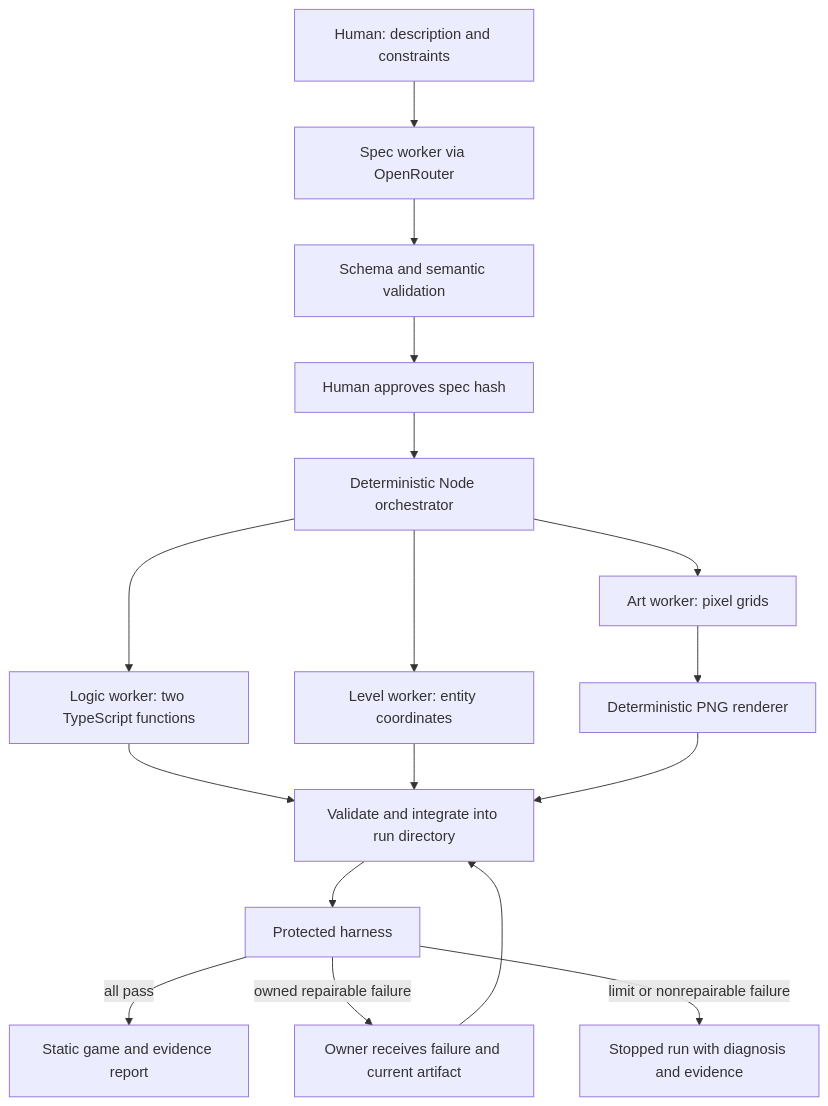
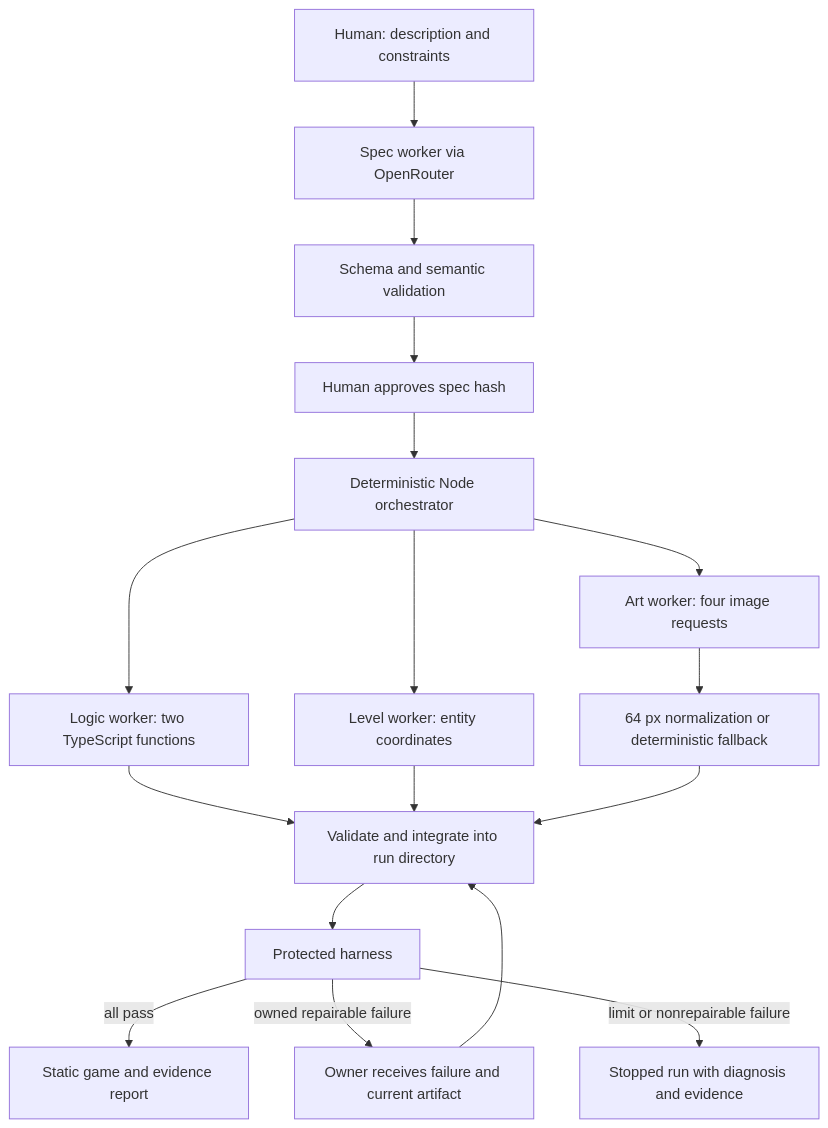
Before and after one commit to farrej10/GameMakersHarness: the first of 3 diagrams in docs/SYSTEM.md, drawn with Mermaid. The commit also changed other lines of this file and 59 other files, not shown here.

````diff
--- a/docs/SYSTEM.md
+++ b/docs/SYSTEM.md
@@ -7,19 +7,19 @@
 ```mermaid
 flowchart TD
     Human[Human: description and constraints] --> Spec[Spec worker via OpenRouter]
     Spec --> Validate[Schema and semantic validation]
     Validate --> Approval[Human approves spec hash]
     Approval --> Orchestrator[Deterministic Node orchestrator]
     Orchestrator --> Logic[Logic worker: two TypeScript functions]
     Orchestrator --> Level[Level worker: entity coordinates]
-    Orchestrator --> Art[Art worker: pixel grids]
+    Orchestrator --> Art[Art worker: four image requests]
     Logic --> Integration[Validate and integrate into run directory]
     Level --> Integration
-    Art --> Pixels[Deterministic PNG renderer]
+    Art --> Pixels[64 px normalization or deterministic fallback]
     Pixels --> Integration
     Integration --> Verify[Protected harness]
     Verify -->|all pass| Export[Static game and evidence report]
     Verify -->|owned repairable failure| Repair[Owner receives failure and current artifact]
     Repair --> Integration
     Verify -->|limit or nonrepairable failure| Stop[Stopped run with diagnosis and evidence]
 ```
````
